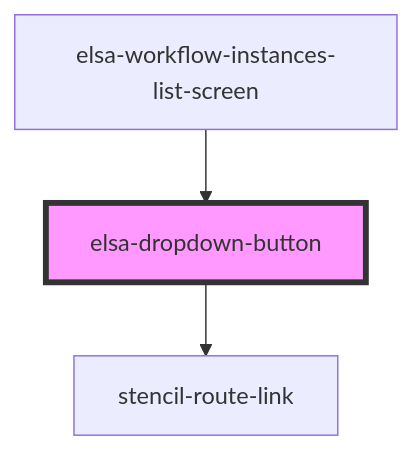
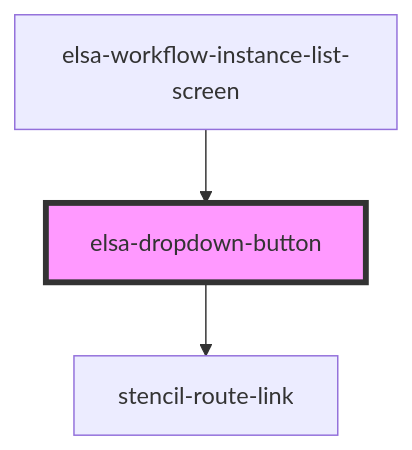
One commit to elsa-workflows/elsa-core changed the diagram in src/designer/elsa-workflows-studio/src/components/controls/elsa-dropdown-button/readme.md. Above: the diagram before and after it, drawn with Mermaid. The commit also changed other lines of this file and 22 other files, not shown here.

````diff
--- a/src/designer/elsa-workflows-studio/src/components/controls/elsa-dropdown-button/readme.md
+++ b/src/designer/elsa-workflows-studio/src/components/controls/elsa-dropdown-button/readme.md
@@ -36,6 +36,6 @@
 ```mermaid
 graph TD;
   elsa-dropdown-button --> stencil-route-link
-  elsa-workflow-instances-list-screen --> elsa-dropdown-button
+  elsa-workflow-instance-list-screen --> elsa-dropdown-button
   style elsa-dropdown-button fill:#f9f,stroke:#333,stroke-width:4px
 ```
````
